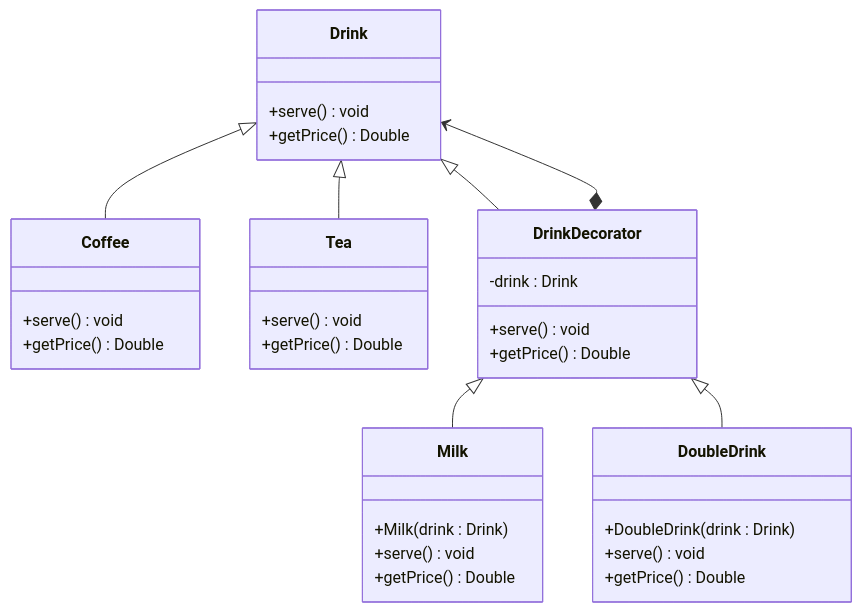
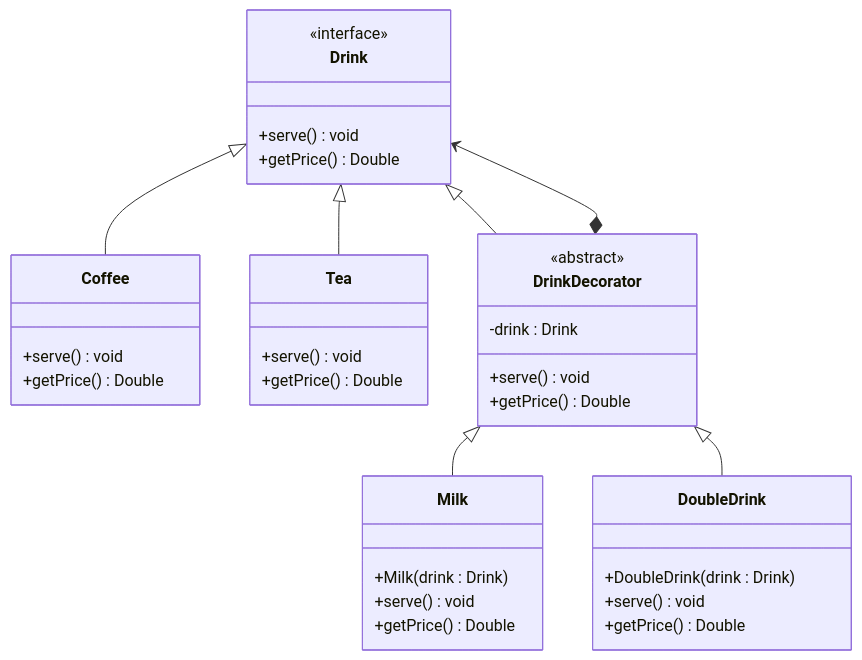
Diagram 19 of 20 in DesignPatters/README.md (augustocesarsousa/notes), drawn with Mermaid before and after one commit. The commit also changed other lines of this file, not shown here.

````diff
--- a/DesignPatters/README.md
+++ b/DesignPatters/README.md
@@ -547,41 +547,43 @@
 ```mermaid
 classDiagram
     Drink <|-- Coffee
     Drink <|-- Tea
     Drink <|-- DrinkDecorator
     Drink <--* DrinkDecorator
     DrinkDecorator <|-- Milk
     DrinkDecorator <|-- DoubleDrink
     class Drink {
+        <<interface>>
         +serve() void
         +getPrice() Double
     }
 
     class Coffee {
         +serve() void
         +getPrice() Double
     }
 
     class Tea {
         +serve() void
         +getPrice() Double
     }
 
     class DrinkDecorator {
+        <<abstract>>
         -drink : Drink
         +serve() void
         +getPrice() Double
     }
 
     class Milk {
         +Milk(drink : Drink)
         +serve() void
         +getPrice() Double
     }
 
     class DoubleDrink {
         +DoubleDrink(drink : Drink)
         +serve() void
         +getPrice() Double
     }
 ```
````
